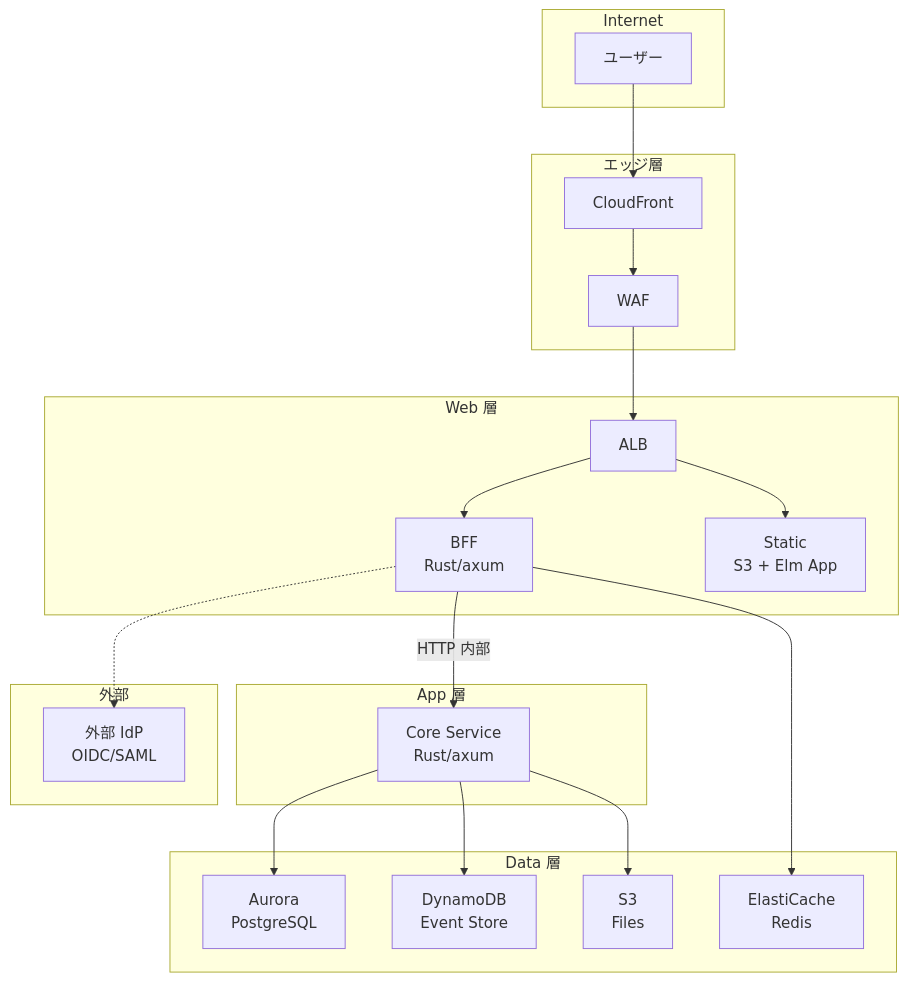
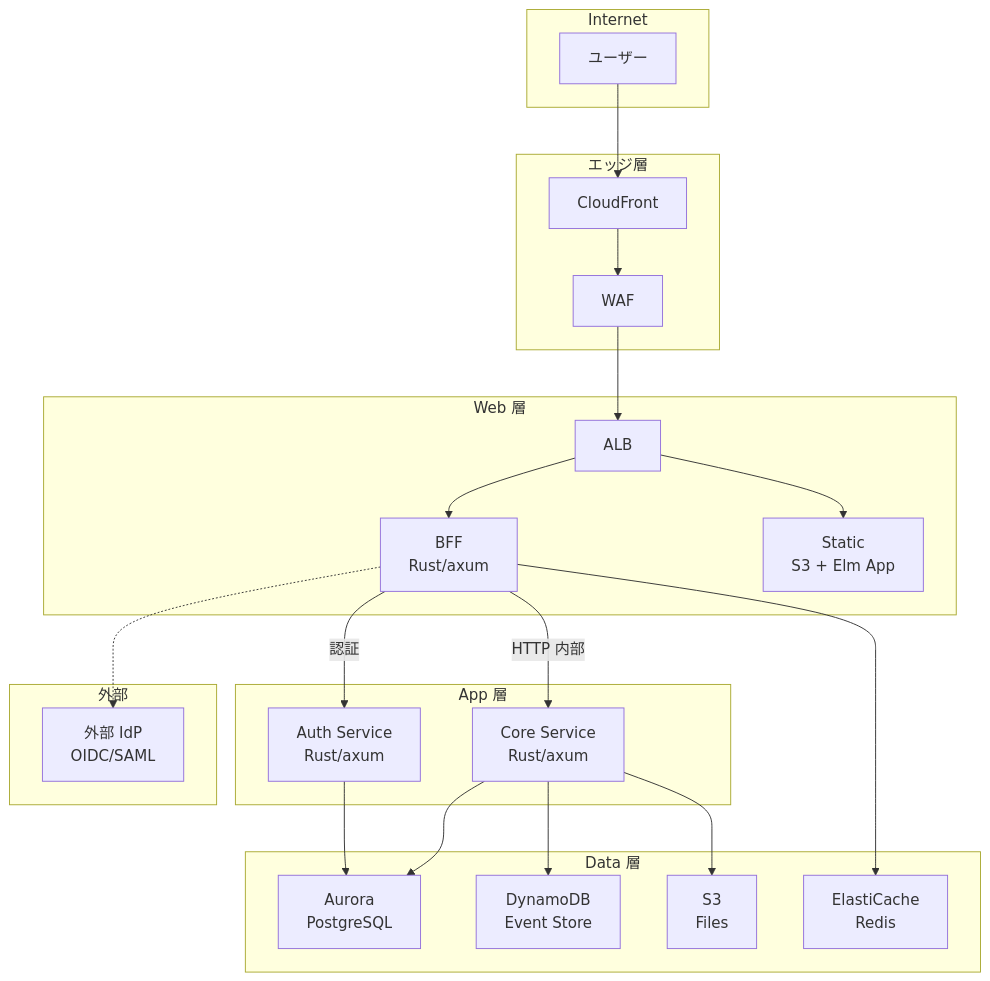
Before and after one commit to ka2kama/ringiflow: the first of 5 diagrams in docs/02_基本設計書/00_アーキテクチャ概要.md, drawn with Mermaid. The commit also changed other lines of this file and 2 other files, not shown here.

First line of the commit message:
#301 Add document update triggers for architecture changes (#304)

````diff
--- a/docs/02_基本設計書/00_アーキテクチャ概要.md
+++ b/docs/02_基本設計書/00_アーキテクチャ概要.md
@@ -9,44 +9,47 @@
 ```mermaid
 flowchart TB
     subgraph Internet
         User["ユーザー"]
     end
 
     subgraph Edge["エッジ層"]
         CF["CloudFront"]
         WAF["WAF"]
     end
 
     subgraph Web["Web 層"]
         ALB["ALB"]
         BFF["BFF\nRust/axum"]
         Static["Static\nS3 + Elm App"]
     end
 
     subgraph App["App 層"]
+        Auth["Auth Service\nRust/axum"]
         Core["Core Service\nRust/axum"]
     end
 
     subgraph Data["Data 層"]
         Aurora["Aurora\nPostgreSQL"]
         DynamoDB["DynamoDB\nEvent Store"]
         S3["S3\nFiles"]
         Redis["ElastiCache\nRedis"]
     end
 
     subgraph External["外部"]
         IdP["外部 IdP\nOIDC/SAML"]
     end
 
     User --> CF
     CF --> WAF
     WAF --> ALB
     ALB --> BFF
     ALB --> Static
+    BFF -->|認証| Auth
     BFF -->|HTTP 内部| Core
     BFF --> Redis
+    Auth --> Aurora
     Core --> Aurora
     Core --> DynamoDB
     Core --> S3
     BFF -.-> IdP
 ```
````
